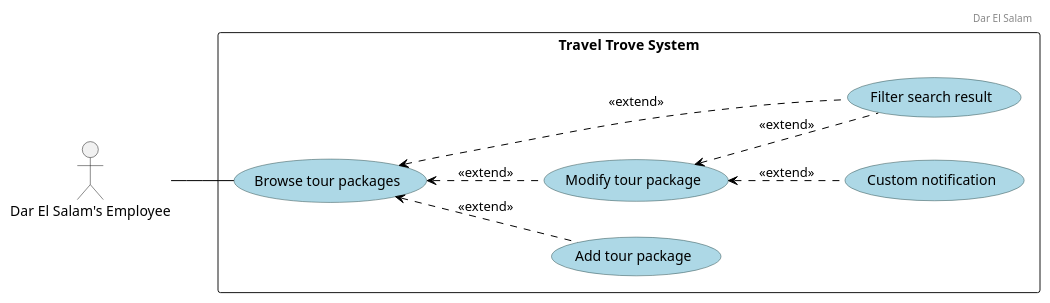
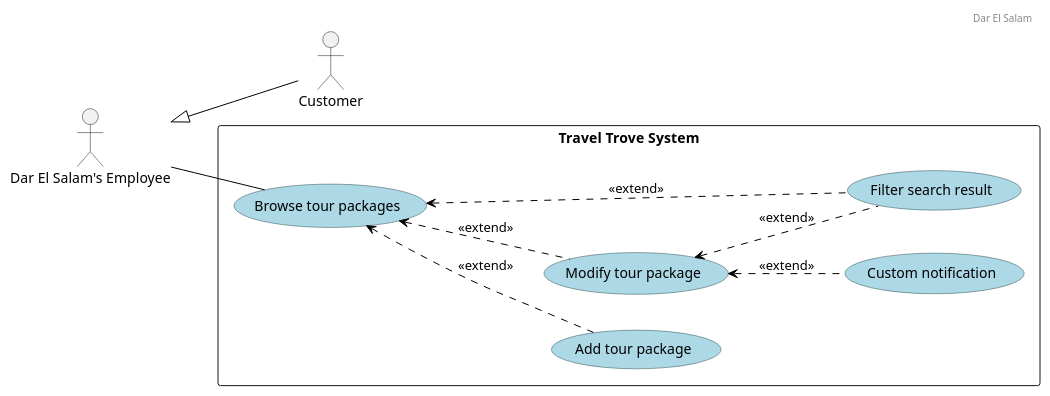
Before and after one commit to Hares-2088/TravelTrove: the diagram in diagrams/use cases/Employee.puml, drawn with PlantUML. The commit also changed 1 other file, not shown here.

```diff
--- a/diagrams/use cases/Employee.puml
+++ b/diagrams/use cases/Employee.puml
@@ -1,39 +1,39 @@
 @startuml
 left to right direction
 
 ' Add a header with left alignment
 header
 Dar El Salam
 endheader
 
 ' Custom skin parameters for use cases
 skinparam usecase {
     BackgroundColor lightblue
     BorderColor DarkSlateGray
     ArrowColor Black
 }
 
 actor "Dar El Salam's Employee" as Employee
 
 rectangle "Travel Trove System" {
 
     usecase "Browse tour packages"
     usecase "Add tour package"
     usecase "Modify tour package"
     usecase "Filter search result"
     usecase "Custom notification"
 
 }
 Employee -- "Browse tour packages"
-
+Employee<|-- Customer
 "Browse tour packages" <.. "Filter search result" : <<extend>>
 "Browse tour packages" <.. "Add tour package" : <<extend>>
 "Browse tour packages" <.. "Modify tour package" : <<extend>>
 "Modify tour package" <.. "Custom notification" : <<extend>>
 "Modify tour package" <.. "Filter search result" : <<extend>>
 
 
 
 
 
 @enduml
```
